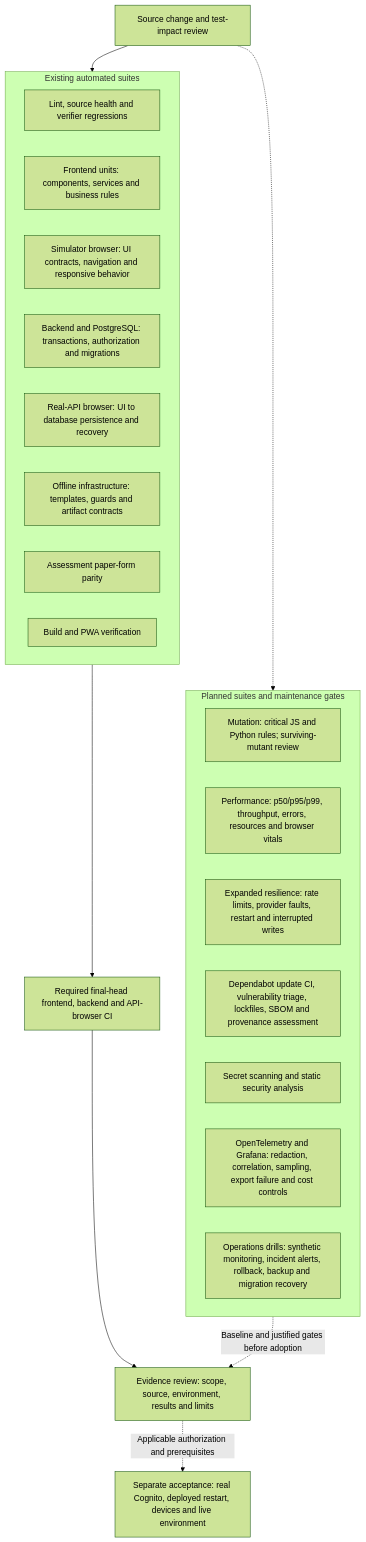
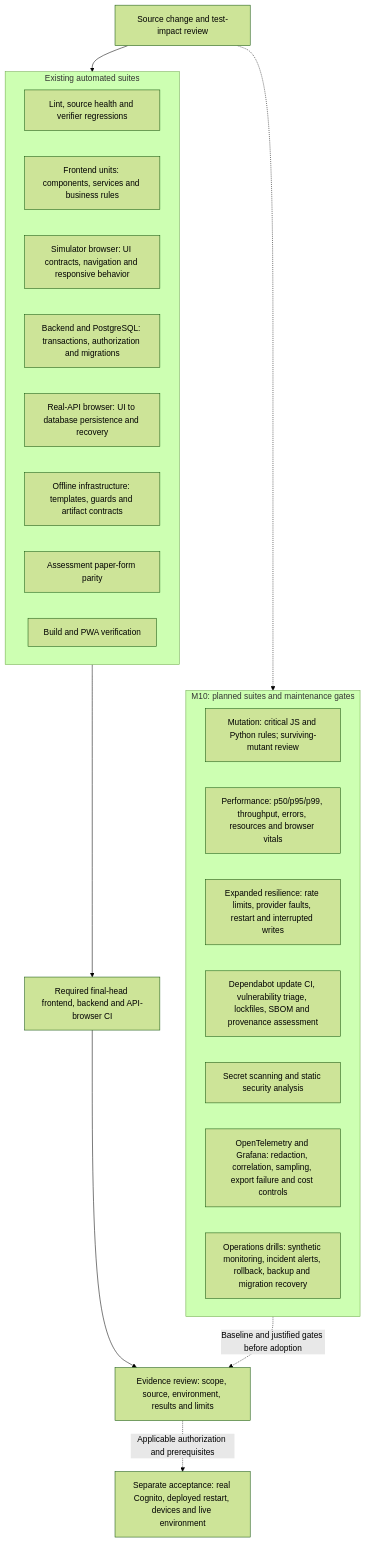
Before and after one commit to LimYouSheng/FitfinityReact: the third of 3 diagrams in docs/Architecture/diagram.md, drawn with Mermaid (forest theme). The commit also changed other lines of this file and 4 other files, not shown here.

````diff
--- a/docs/Architecture/diagram.md
+++ b/docs/Architecture/diagram.md
@@ -83,31 +83,31 @@
 ```mermaid
 flowchart TB
   Change["Source change and test-impact review"]
   subgraph Existing["Existing automated suites"]
     Static["Lint, source health and verifier regressions"]
     Unit["Frontend units: components, services and business rules"]
     Simulator["Simulator browser: UI contracts, navigation and responsive behavior"]
     Database["Backend and PostgreSQL: transactions, authorization and migrations"]
     Browser["Real-API browser: UI to database persistence and recovery"]
     Infra["Offline infrastructure: templates, guards and artifact contracts"]
     Forms["Assessment paper-form parity"]
     Build["Build and PWA verification"]
   end
-  subgraph Future["Planned suites and maintenance gates"]
+  subgraph Future["M10: planned suites and maintenance gates"]
     Mutation["Mutation: critical JS and Python rules; surviving-mutant review"]
     Performance["Performance: p50/p95/p99, throughput, errors, resources and browser vitals"]
     Resilience["Expanded resilience: rate limits, provider faults, restart and interrupted writes"]
     SupplyTests["Dependabot update CI, vulnerability triage, lockfiles, SBOM and provenance assessment"]
     SecurityTests["Secret scanning and static security analysis"]
     Observability["OpenTelemetry and Grafana: redaction, correlation, sampling, export failure and cost controls"]
     Drills["Operations drills: synthetic monitoring, incident alerts, rollback, backup and migration recovery"]
   end
   Gates["Required final-head frontend, backend and API-browser CI"]
   Evidence["Evidence review: scope, source, environment, results and limits"]
   Live["Separate acceptance: real Cognito, deployed restart, devices and live environment"]
   Change --> Existing
   Existing --> Gates --> Evidence
   Change -.-> Future
   Future -.->|"Baseline and justified gates before adoption"| Evidence
   Evidence -.->|"Applicable authorization and prerequisites"| Live
 ```
````
